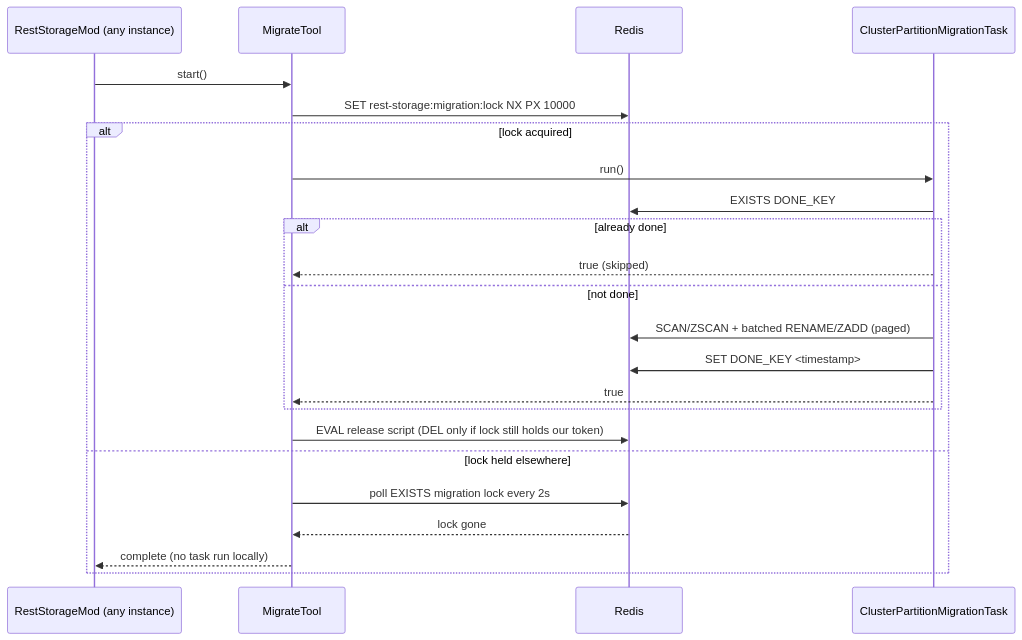
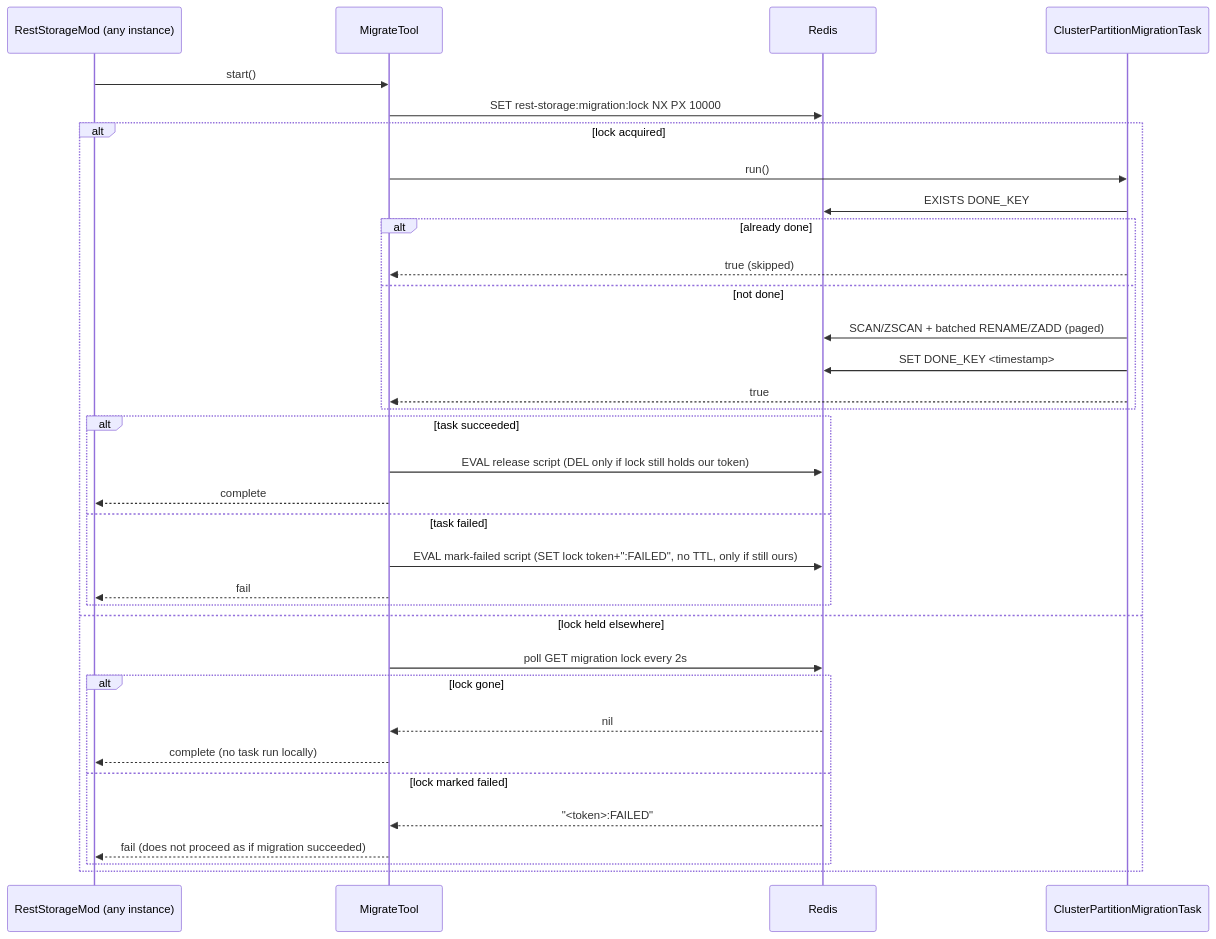
Before and after one commit to swisspost/vertx-rest-storage: the fourth of 4 diagrams in docs/ClusterPartitionMigrationTask.MD, drawn with Mermaid. The commit also changed other lines of this file and 5 other files, not shown here.

Commit message:
SDCISA-23368 fixed: if migration failed, need stop, also updated document

````diff
--- a/docs/ClusterPartitionMigrationTask.MD
+++ b/docs/ClusterPartitionMigrationTask.MD
@@ -89,26 +89,37 @@
 ```mermaid
 sequenceDiagram
     participant App as RestStorageMod (any instance)
     participant MT as MigrateTool
     participant Redis
     participant Task as ClusterPartitionMigrationTask
 
     App->>MT: start()
     MT->>Redis: SET rest-storage:migration:lock NX PX 10000
     alt lock acquired
         MT->>Task: run()
         Task->>Redis: EXISTS DONE_KEY
         alt already done
             Task-->>MT: true (skipped)
         else not done
             Task->>Redis: SCAN/ZSCAN + batched RENAME/ZADD (paged)
             Task->>Redis: SET DONE_KEY <timestamp>
             Task-->>MT: true
         end
-        MT->>Redis: EVAL release script (DEL only if lock still holds our token)
+        alt task succeeded
+            MT->>Redis: EVAL release script (DEL only if lock still holds our token)
+            MT-->>App: complete
+        else task failed
+            MT->>Redis: EVAL mark-failed script (SET lock token+":FAILED", no TTL, only if still ours)
+            MT-->>App: fail
+        end
     else lock held elsewhere
-        MT->>Redis: poll EXISTS migration lock every 2s
-        Redis-->>MT: lock gone
-        MT-->>App: complete (no task run locally)
+        MT->>Redis: poll GET migration lock every 2s
+        alt lock gone
+            Redis-->>MT: nil
+            MT-->>App: complete (no task run locally)
+        else lock marked failed
+            Redis-->>MT: "<token>:FAILED"
+            MT-->>App: fail (does not proceed as if migration succeeded)
+        end
     end
 ```
````
